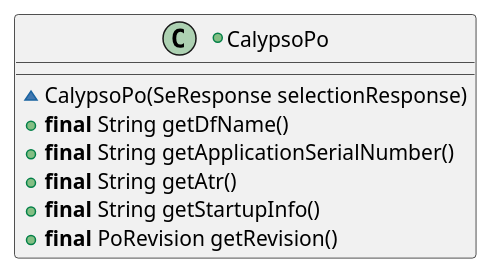
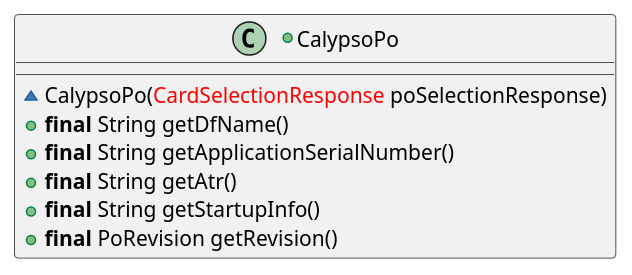
The second of 19 diagrams in src/KeypleCalypsoApi/puml/KeypleCalypso_Transaction_ClassDiag_ClassElements.iuml (calypsonet/keyple), drawn with PlantUML before and after one commit. The commit also changed other lines of this file and 4 other files, not shown here.

Commit message:
Rename Calypso Selection

```diff
--- a/src/KeypleCalypsoApi/puml/KeypleCalypso_Transaction_ClassDiag_ClassElements.iuml
+++ b/src/KeypleCalypsoApi/puml/KeypleCalypso_Transaction_ClassDiag_ClassElements.iuml
@@ -21,10 +21,10 @@
 @startuml(id=TRANSACTION_PO_SHORT_1_0_0)
 +class CalypsoPo {
-  ~CalypsoPo(SeResponse selectionResponse)
+  ~CalypsoPo(<color:red>CardSelectionResponse</color> poSelectionResponse)
   +<b>final</b> String getDfName()
   +<b>final</b> String getApplicationSerialNumber()
   +<b>final</b> String getAtr()
   +<b>final</b> String getStartupInfo()
   +<b>final</b> PoRevision getRevision()
 }
 @enduml
```
